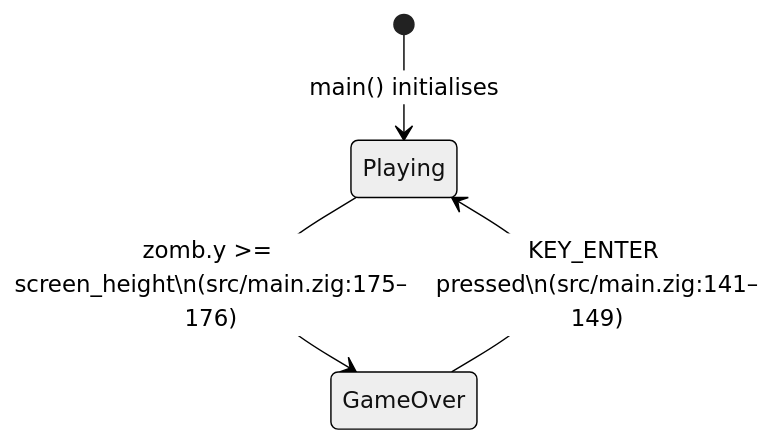
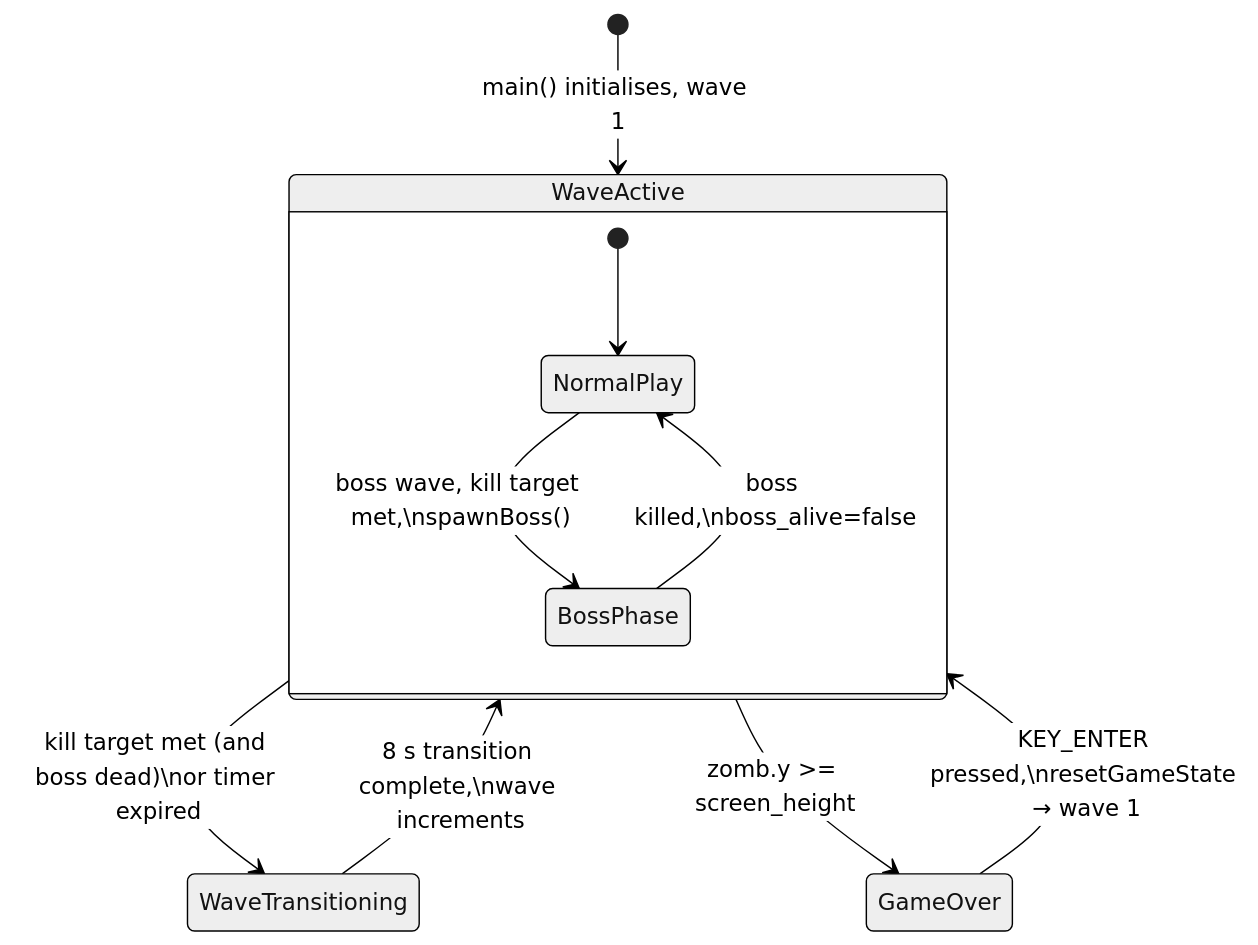
The eighth of 10 diagrams in specs/specifications/features.md (bfernandez31/death-note), drawn with Mermaid (neutral theme) before and after one commit. The commit also changed other lines of this file and 8 other files, not shown here.

````diff
--- a/specs/specifications/features.md
+++ b/specs/specifications/features.md
@@ -398,6 +638,13 @@
 ```mermaid
 stateDiagram-v2
-    [*] --> Playing : main() initialises
-    Playing --> GameOver : zomb.y >= screen_height\n(src/main.zig:175–176)
-    GameOver --> Playing : KEY_ENTER pressed\n(src/main.zig:141–149)
+    [*] --> WaveActive : main() initialises, wave 1
+    WaveActive --> WaveTransitioning : kill target met (and boss dead)\nor timer expired
+    WaveTransitioning --> WaveActive : 8 s transition complete,\nwave increments
+    WaveActive --> GameOver : zomb.y >= screen_height
+    GameOver --> WaveActive : KEY_ENTER pressed,\nresetGameState → wave 1
+    state WaveActive {
+        [*] --> NormalPlay
+        NormalPlay --> BossPhase : boss wave, kill target met,\nspawnBoss()
+        BossPhase --> NormalPlay : boss killed,\nboss_alive=false
+    }
 ```
````
